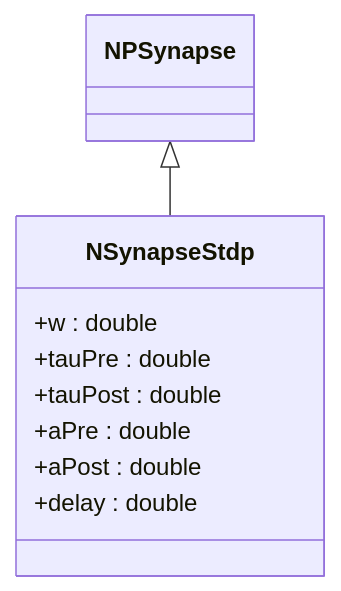
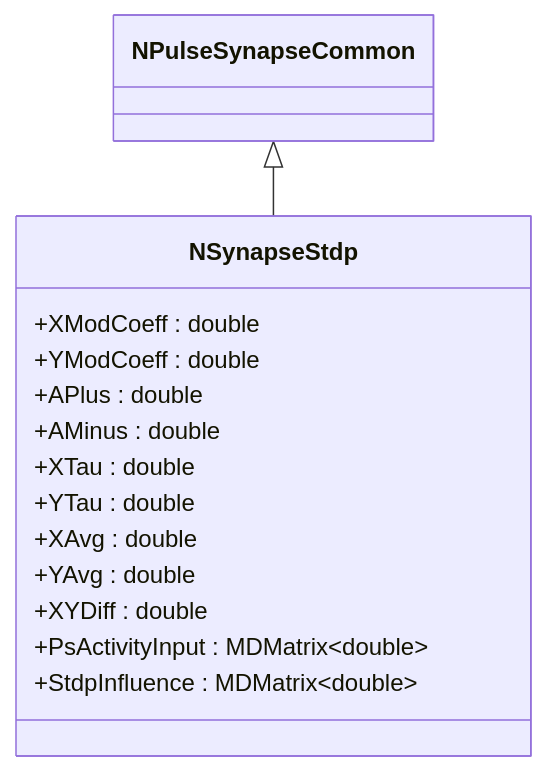
Before and after one commit to aicommunity/Nmsdk-PulseLib: the sixth of 10 diagrams in Docs/Components/NSynapseStdp.md, drawn with Mermaid. The commit also changed other lines of this file and 196 other files, not shown here.

````diff
--- a/Docs/Components/NSynapseStdp.md
+++ b/Docs/Components/NSynapseStdp.md
@@ -7,12 +371,17 @@
 ```mermaid
 classDiagram
-    NPSynapse <|-- NSynapseStdp
+    NPulseSynapseCommon <|-- NSynapseStdp
     class NSynapseStdp {
-        +w : double
-        +tauPre : double
-        +tauPost : double
-        +aPre : double
-        +aPost : double
-        +delay : double
+        +XModCoeff : double
+        +YModCoeff : double
+        +APlus : double
+        +AMinus : double
+        +XTau : double
+        +YTau : double
+        +XAvg : double
+        +YAvg : double
+        +XYDiff : double
+        +PsActivityInput : MDMatrix~double~
+        +StdpInfluence : MDMatrix~double~
     }
 ```
````
